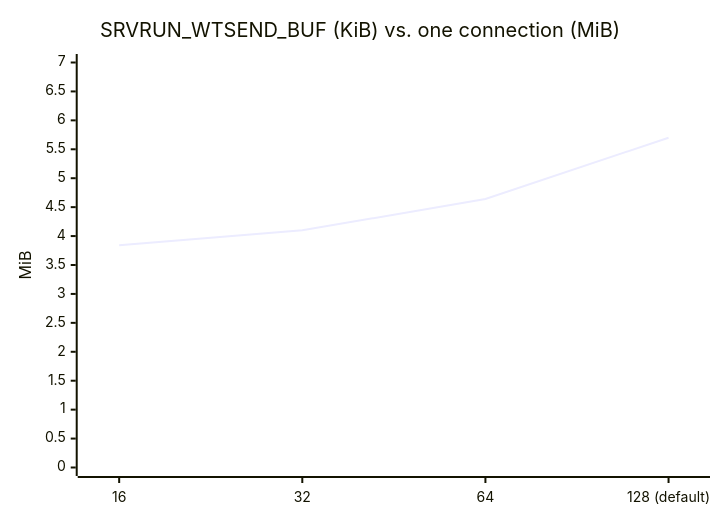
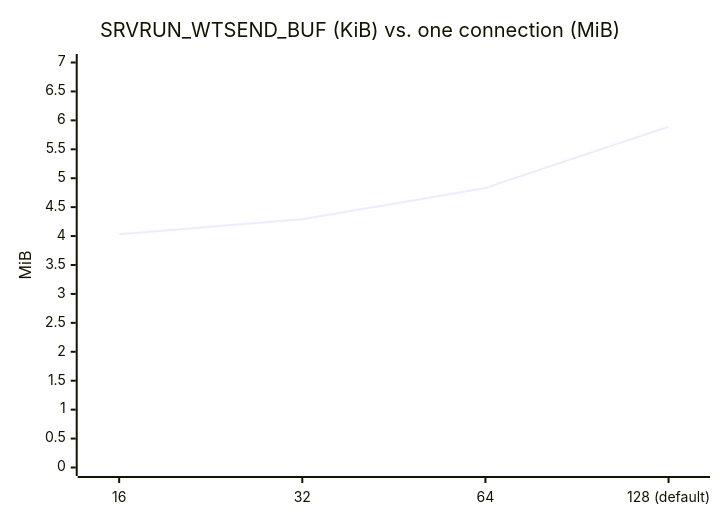
One commit to Hakkadaikon/wired changed the third of 9 diagrams in docs/arch/memory.md. Above: the diagram before and after it, drawn with Mermaid. The commit also changed other lines of this file and 11 other files, not shown here.

````diff
--- a/docs/arch/memory.md
+++ b/docs/arch/memory.md
@@ -115,7 +115,7 @@
 ```mermaid
 xychart-beta
     title "SRVRUN_WTSEND_BUF (KiB) vs. one connection (MiB)"
     x-axis ["16", "32", "64", "128 (default)"]
     y-axis "MiB" 0 --> 7
-    line [3.84, 4.10, 4.64, 5.70]
+    line [4.03, 4.29, 4.83, 5.89]
 ```
````
